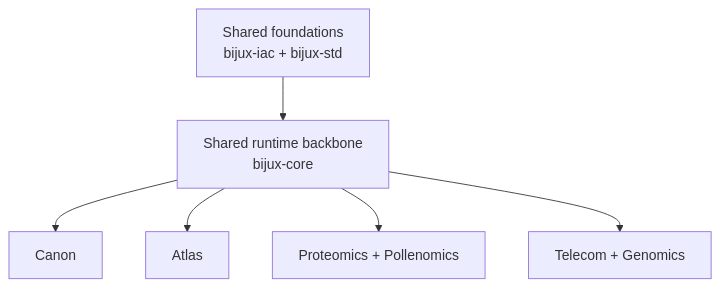
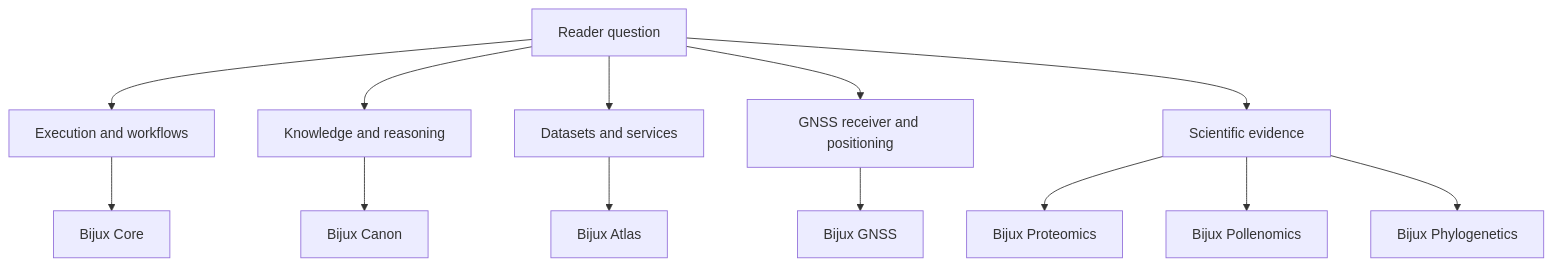
The first of 2 diagrams in docs/04-projects/index.md (bijux/bijux.github.io), drawn with Mermaid before and after one commit. The commit also changed other lines of this file and 5 other files, not shown here.

Commit message:
docs(catalog): add gnss and phylogenetics evidence routes

````diff
--- a/docs/04-projects/index.md
+++ b/docs/04-projects/index.md
@@ -25,8 +23,16 @@
 ```mermaid
-graph TD
-    foundations["Shared foundations<br/>bijux-iac + bijux-std"] --> core["Shared runtime backbone<br/>bijux-core"]
-    core --> canon["Canon"]
-    core --> atlas["Atlas"]
-    core --> domains["Proteomics + Pollenomics"]
-    core --> systems["Telecom + Genomics"]
+flowchart TB
+    question["Reader question"] --> execution["Execution and workflows"]
+    question --> knowledge["Knowledge and reasoning"]
+    question --> delivery["Datasets and services"]
+    question --> positioning["GNSS receiver and positioning"]
+    question --> science["Scientific evidence"]
+
+    execution --> core["Bijux Core"]
+    knowledge --> canon["Bijux Canon"]
+    delivery --> atlas["Bijux Atlas"]
+    positioning --> gnss["Bijux GNSS"]
+    science --> proteomics["Bijux Proteomics"]
+    science --> pollenomics["Bijux Pollenomics"]
+    science --> phylogenetics["Bijux Phylogenetics"]
 ```
````
